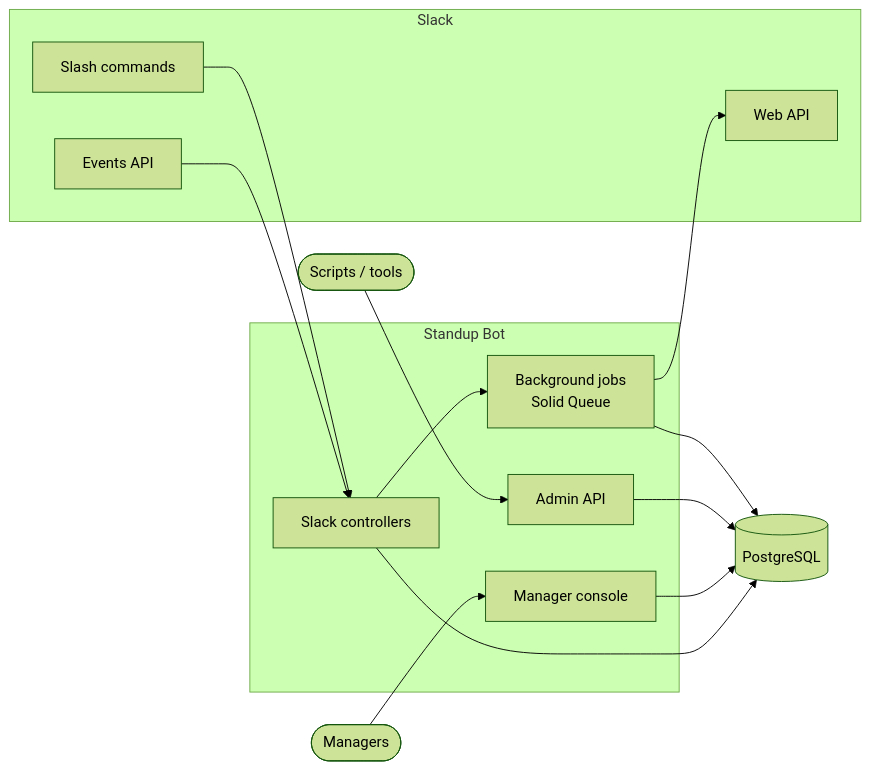
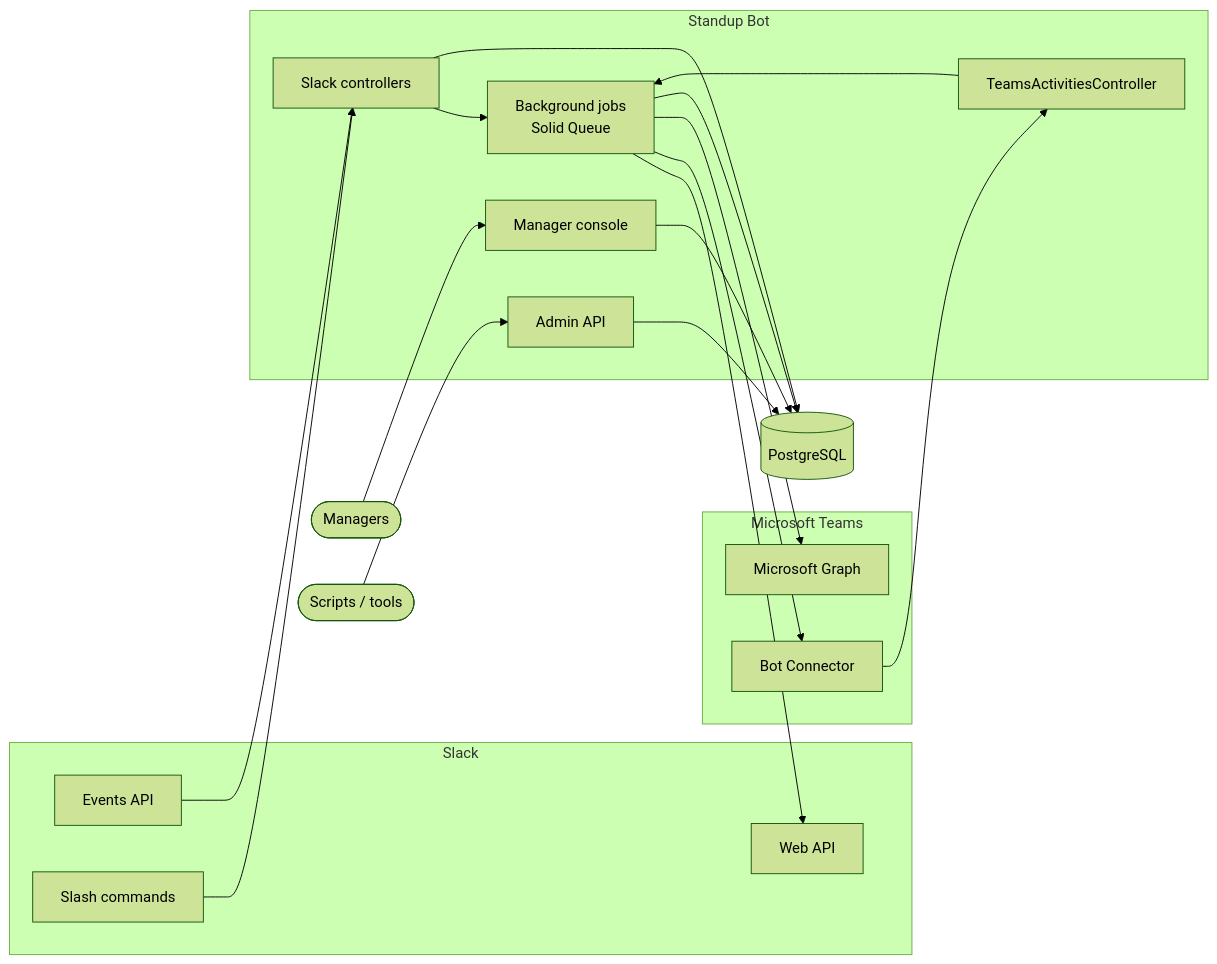
One commit to mrecachinas/standup-bot changed the first of 4 diagrams in docs/architecture.md. Above: the diagram before and after it, drawn with Mermaid (forest theme). The commit also changed other lines of this file and 100 other files, not shown here.

First line of the commit message:
Add Microsoft Teams as a chat platform

````diff
--- a/docs/architecture.md
+++ b/docs/architecture.md
@@ -7,28 +7,38 @@
 ```mermaid
 flowchart LR
     subgraph Slack
         EV[Events API]
         SC[Slash commands]
         WEB[Web API]
     end
 
+    subgraph Teams[Microsoft Teams]
+        BF[Bot Connector]
+        GR[Microsoft Graph]
+    end
+
     subgraph App[Standup Bot]
         CTRL[Slack controllers]
+        TCTRL[TeamsActivitiesController]
         UI[Manager console]
         API[Admin API]
         JOBS[Background jobs<br/>Solid Queue]
     end
 
     DB[(PostgreSQL)]
     MGR([Managers]) --> UI
     OPS([Scripts / tools]) --> API
 
     EV --> CTRL
     SC --> CTRL
+    BF --> TCTRL
     CTRL --> JOBS
+    TCTRL --> JOBS
     JOBS --> WEB
+    JOBS --> BF
+    JOBS --> GR
     CTRL --> DB
     UI --> DB
     API --> DB
     JOBS --> DB
 ```
````
